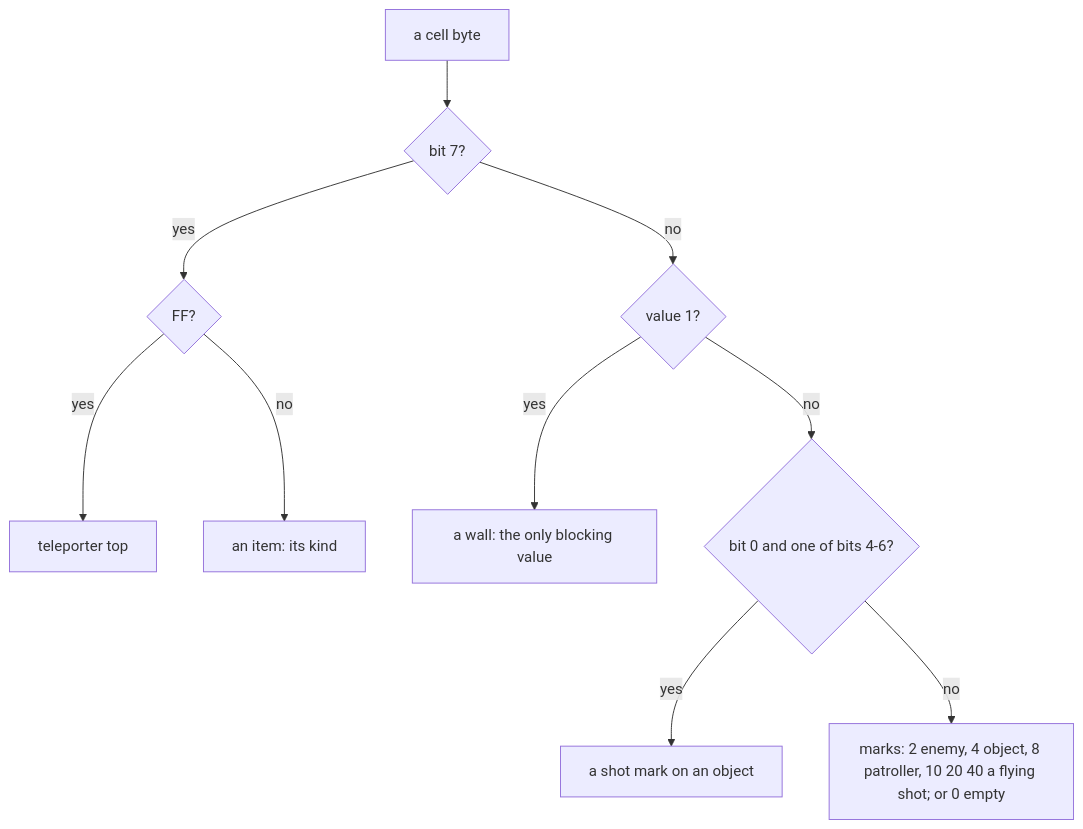
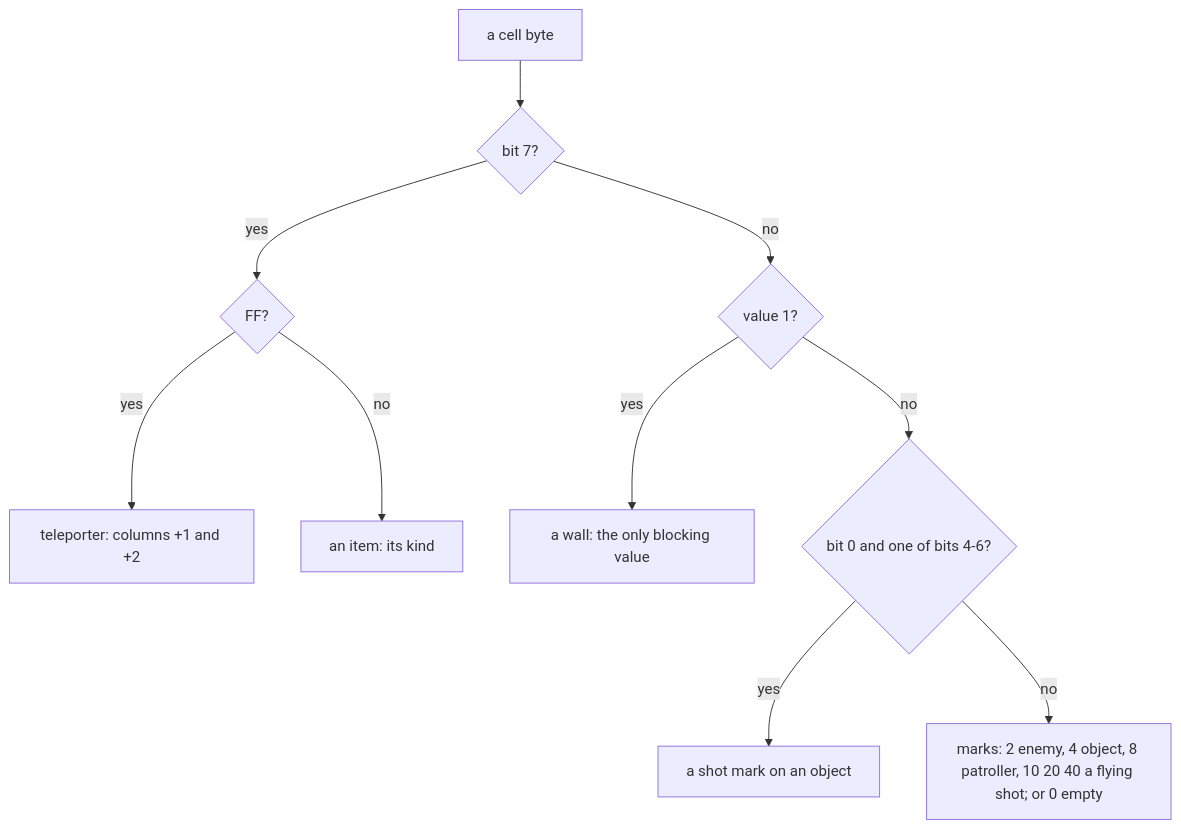
The fourth of 14 diagrams in games/tujad/docs/07-objects.md (alfishe/unrealng-reverse-cases), drawn with Mermaid before and after one commit. The commit also changed other lines of this file and 32 other files, not shown here.

````diff
--- a/games/tujad/docs/07-objects.md
+++ b/games/tujad/docs/07-objects.md
@@ -367,12 +367,12 @@
 ```mermaid
 flowchart TD
     C[a cell byte] --> W{bit 7?}
     W -- yes --> I{FF?}
-    I -- yes --> TP[teleporter top]
+    I -- yes --> TP[teleporter: columns +1 and +2]
     I -- no --> IT[an item: its kind]
     W -- no --> X{value 1?}
     X -- yes --> WL[a wall: the only blocking value]
     X -- no --> M{bit 0 and one of bits 4-6?}
     M -- yes --> SH[a shot mark on an object]
     M -- no --> MK[marks: 2 enemy, 4 object, 8 patroller, 10 20 40 a flying shot; or 0 empty]
 ```
````
